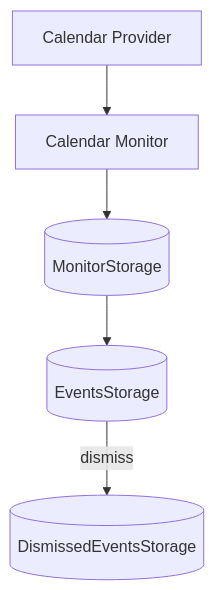
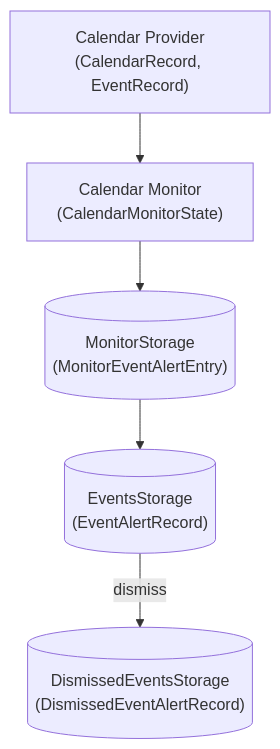
One commit to williscool/CalendarNotification changed the first of 4 diagrams in docs/architecture/domain_model.md. Above: the diagram before and after it, drawn with Mermaid. The commit also changed other lines of this file, not shown here.

````diff
--- a/docs/architecture/domain_model.md
+++ b/docs/architecture/domain_model.md
@@ -37,7 +43,7 @@
 ```mermaid
 flowchart TD
-    CP[Calendar Provider] --> CM[Calendar Monitor]
-    CM --> MS[(MonitorStorage)]
-    MS --> ES[(EventsStorage)]
-    ES -->|dismiss| DS[(DismissedEventsStorage)]
+    CP["Calendar Provider<br/>(CalendarRecord, EventRecord)"] --> CM["Calendar Monitor<br/>(CalendarMonitorState)"]
+    CM --> MS[("MonitorStorage<br/>(MonitorEventAlertEntry)")]
+    MS --> ES[("EventsStorage<br/>(EventAlertRecord)")]
+    ES -->|dismiss| DS[("DismissedEventsStorage<br/>(DismissedEventAlertRecord)")]
 ```
````
